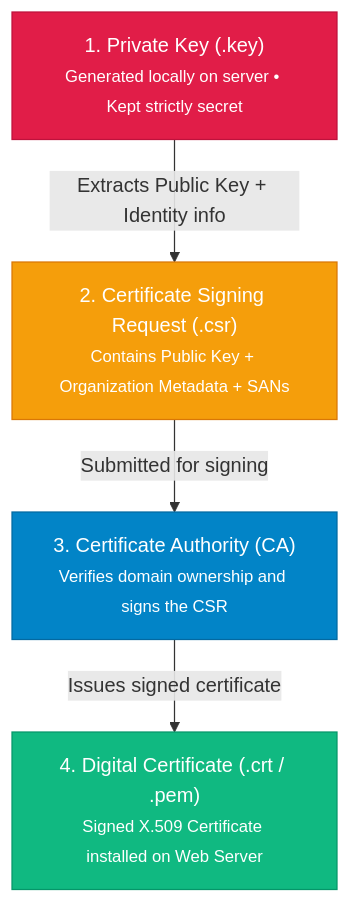
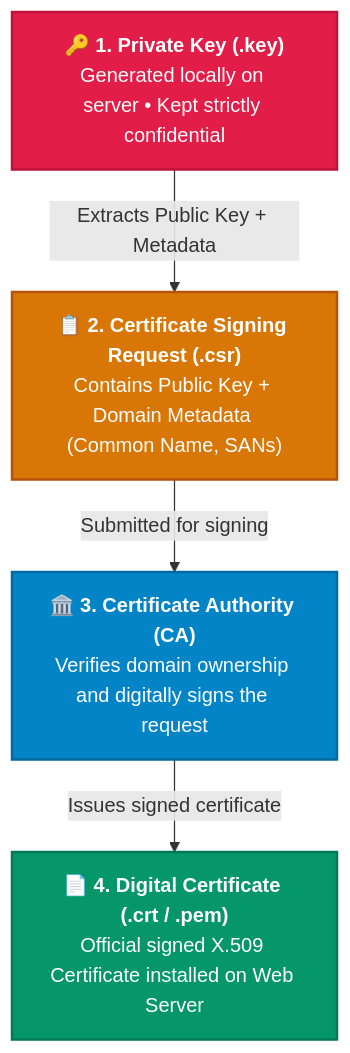
Before and after one commit to tharun15/gcloudcafe: the third of 5 diagrams in content/english/blog/tls-demystified-part1-cryptography-keys-csr-ca-explained.md, drawn with Mermaid. The commit also changed other lines of this file and 2 other files, not shown here.

Commit message:
style(ui): enlarge Mermaid diagram nodes and optimize vertical flow for readability

````diff
--- a/content/english/blog/tls-demystified-part1-cryptography-keys-csr-ca-explained.md
+++ b/content/english/blog/tls-demystified-part1-cryptography-keys-csr-ca-explained.md
@@ -88,16 +92,16 @@
 ```mermaid
 flowchart TD
-    K["1. Private Key (.key)<br/><small>Generated locally on server • Kept strictly secret</small>"]
-    CSR["2. Certificate Signing Request (.csr)<br/><small>Contains Public Key + Organization Metadata + SANs</small>"]
-    CA["3. Certificate Authority (CA)<br/><small>Verifies domain ownership and signs the CSR</small>"]
-    CERT["4. Digital Certificate (.crt / .pem)<br/><small>Signed X.509 Certificate installed on Web Server</small>"]
+    K["🔑 <b>1. Private Key (.key)</b><br/>Generated locally on server • Kept strictly confidential"]
+    CSR["📋 <b>2. Certificate Signing Request (.csr)</b><br/>Contains Public Key + Domain Metadata (Common Name, SANs)"]
+    CA["🏛️ <b>3. Certificate Authority (CA)</b><br/>Verifies domain ownership and digitally signs the request"]
+    CERT["📄 <b>4. Digital Certificate (.crt / .pem)</b><br/>Official signed X.509 Certificate installed on Web Server"]
 
-    K -->|Extracts Public Key + Identity info| CSR
+    K -->|Extracts Public Key + Metadata| CSR
     CSR -->|Submitted for signing| CA
     CA -->|Issues signed certificate| CERT
 
-    style K fill:#e11d48,stroke:#be123c,color:#ffffff;
-    style CSR fill:#f59e0b,stroke:#d97706,color:#ffffff;
-    style CA fill:#0284c7,stroke:#0369a1,color:#ffffff;
-    style CERT fill:#10b981,stroke:#059669,color:#ffffff;
+    style K fill:#e11d48,stroke:#be123c,color:#ffffff,stroke-width:2px;
+    style CSR fill:#d97706,stroke:#b45309,color:#ffffff,stroke-width:2px;
+    style CA fill:#0284c7,stroke:#0369a1,color:#ffffff,stroke-width:2px;
+    style CERT fill:#059669,stroke:#047857,color:#ffffff,stroke-width:2px;
 ```
````
